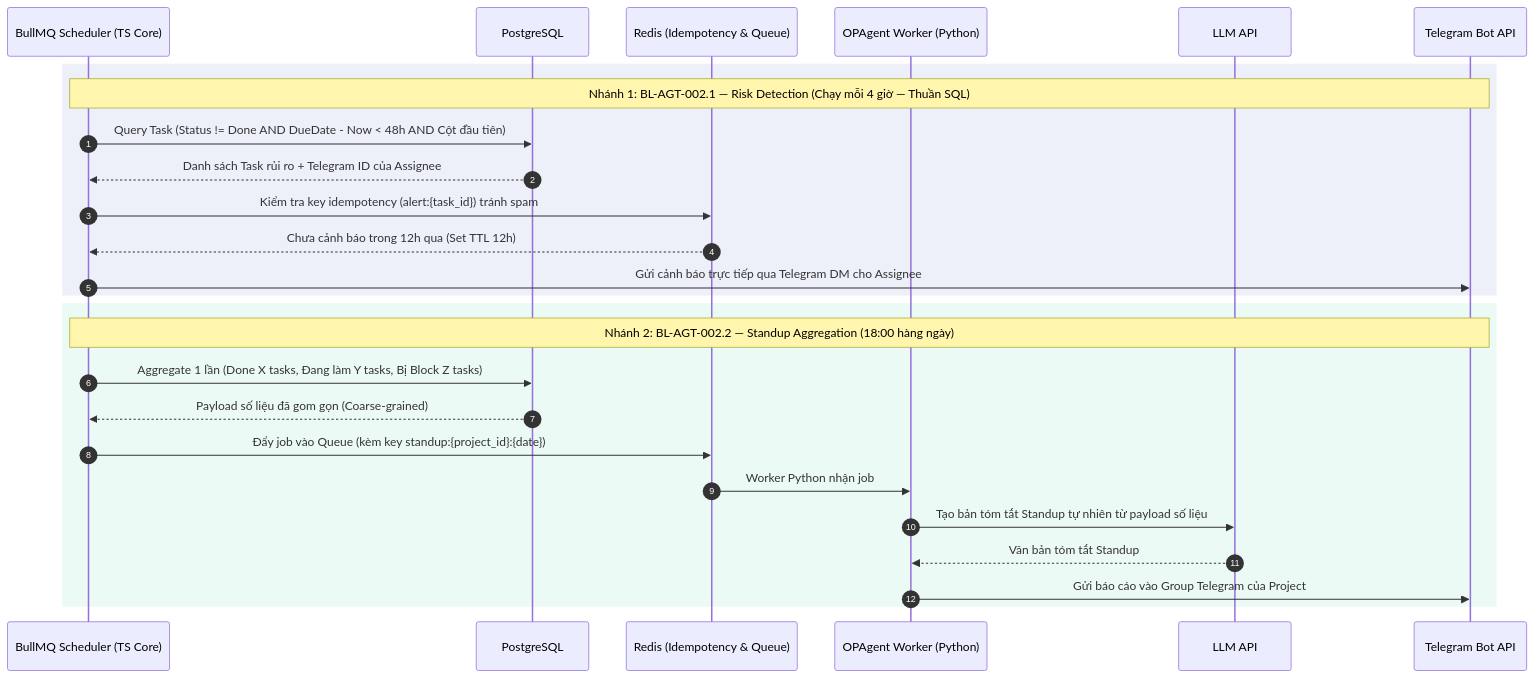
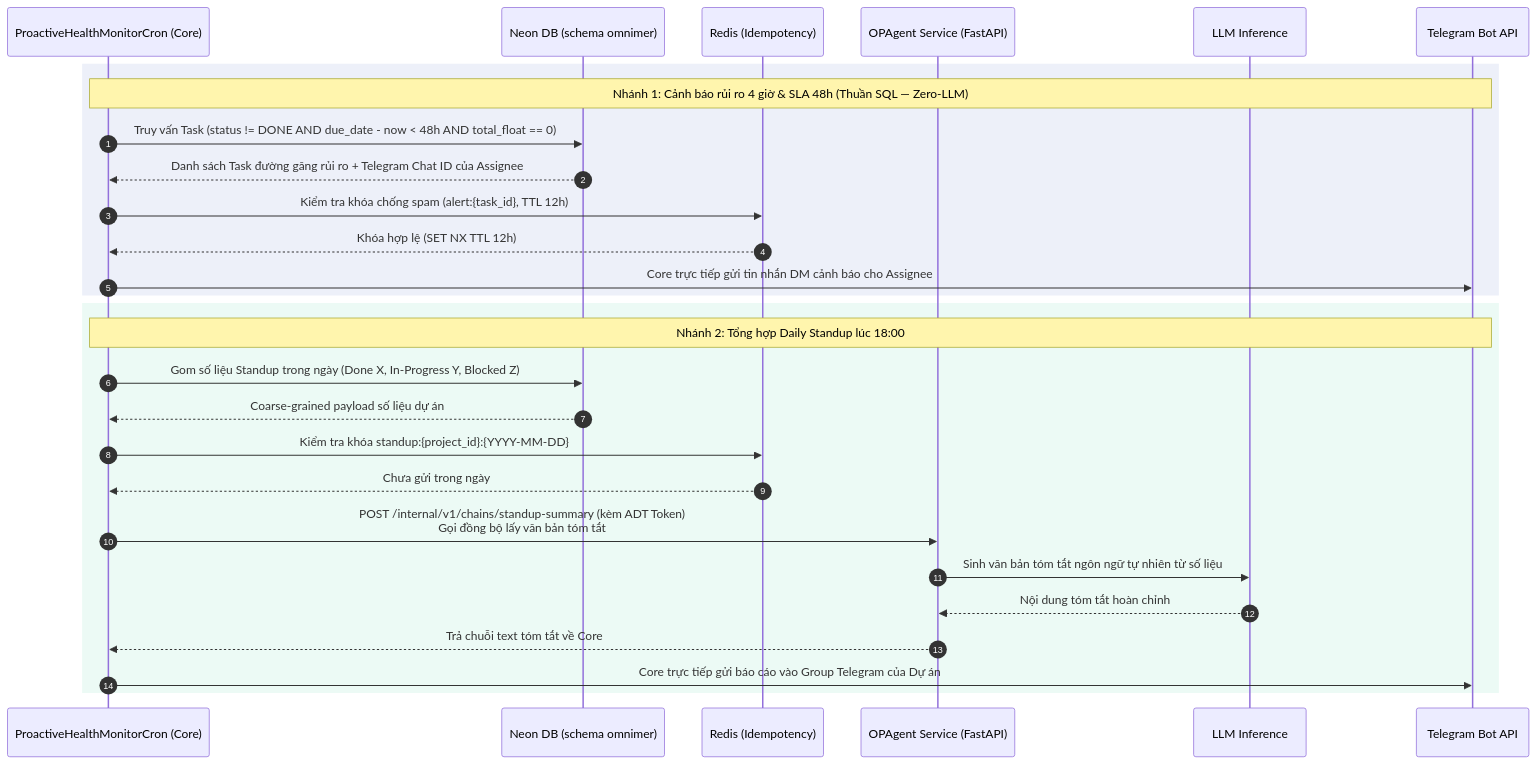
The third of 4 diagrams in docs/bda/02-phase1-omniproject/agent_project/sa.md (HuynhTri-dev/omnimer_team_doc), drawn with Mermaid before and after one commit. The commit also changed other lines of this file and 2 other files, not shown here.

Commit message:
docs(srs): sync documentation with architecture v2.0.0 and update technical scope

````diff
--- a/docs/bda/02-phase1-omniproject/agent_project/sa.md
+++ b/docs/bda/02-phase1-omniproject/agent_project/sa.md
@@ -120,31 +140,32 @@
 ```mermaid
 sequenceDiagram
     autonumber
-    participant Cron as BullMQ Scheduler (TS Core)
-    participant DB as PostgreSQL
-    participant Redis as Redis (Idempotency & Queue)
-    participant Agent as OPAgent Worker (Python)
-    participant LLM as LLM API
+    participant Cron as ProactiveHealthMonitorCron (Core)
+    participant DB as Neon DB (schema omnimer)
+    participant Redis as Redis (Idempotency)
+    participant Agent as OPAgent Service (FastAPI)
+    participant LLM as LLM Inference
     participant TG as Telegram Bot API
 
     rect rgb(30, 64, 175, 0.08)
-        Note over Cron, TG: Nhánh 1: BL-AGT-002.1 — Risk Detection (Chạy mỗi 4 giờ — Thuần SQL)
-        Cron->>DB: Query Task (Status != Done AND DueDate - Now < 48h AND Cột đầu tiên)
-        DB-->>Cron: Danh sách Task rủi ro + Telegram ID của Assignee
-        Cron->>Redis: Kiểm tra key idempotency (alert:{task_id}) tránh spam
-        Redis-->>Cron: Chưa cảnh báo trong 12h qua (Set TTL 12h)
-        Cron->>TG: Gửi cảnh báo trực tiếp qua Telegram DM cho Assignee
+        Note over Cron, TG: Nhánh 1: Cảnh báo rủi ro 4 giờ & SLA 48h (Thuần SQL — Zero-LLM)
+        Cron->>DB: Truy vấn Task (status != DONE AND due_date - now < 48h AND total_float == 0)
+        DB-->>Cron: Danh sách Task đường găng rủi ro + Telegram Chat ID của Assignee
+        Cron->>Redis: Kiểm tra khóa chống spam (alert:{task_id}, TTL 12h)
+        Redis-->>Cron: Khóa hợp lệ (SET NX TTL 12h)
+        Cron->>TG: Core trực tiếp gửi tin nhắn DM cảnh báo cho Assignee
     end
 
     rect rgb(16, 185, 129, 0.08)
-        Note over Cron, TG: Nhánh 2: BL-AGT-002.2 — Standup Aggregation (18:00 hàng ngày)
-        Cron->>DB: Aggregate 1 lần (Done X tasks, Đang làm Y tasks, Bị Block Z tasks)
-        DB-->>Cron: Payload số liệu đã gom gọn (Coarse-grained)
-        Cron->>Redis: Đẩy job vào Queue (kèm key standup:{project_id}:{date})
-        Redis->>Agent: Worker Python nhận job
-        Agent->>LLM: Tạo bản tóm tắt Standup tự nhiên từ payload số liệu
-        LLM-->>Agent: Văn bản tóm tắt Standup
-        Agent->>TG: Gửi báo cáo vào Group Telegram của Project
+        Note over Cron, TG: Nhánh 2: Tổng hợp Daily Standup lúc 18:00
+        Cron->>DB: Gom số liệu Standup trong ngày (Done X, In-Progress Y, Blocked Z)
+        DB-->>Cron: Coarse-grained payload số liệu dự án
+        Cron->>Redis: Kiểm tra khóa standup:{project_id}:{YYYY-MM-DD}
+        Redis-->>Cron: Chưa gửi trong ngày
+        Cron->>Agent: POST /internal/v1/chains/standup-summary (kèm ADT Token)<br/>Gọi đồng bộ lấy văn bản tóm tắt
+        Agent->>LLM: Sinh văn bản tóm tắt ngôn ngữ tự nhiên từ số liệu
+        LLM-->>Agent: Nội dung tóm tắt hoàn chỉnh
+        Agent-->>Cron: Trả chuỗi text tóm tắt về Core
+        Cron->>TG: Core trực tiếp gửi báo cáo vào Group Telegram của Dự án
     end
-
 ```
````
